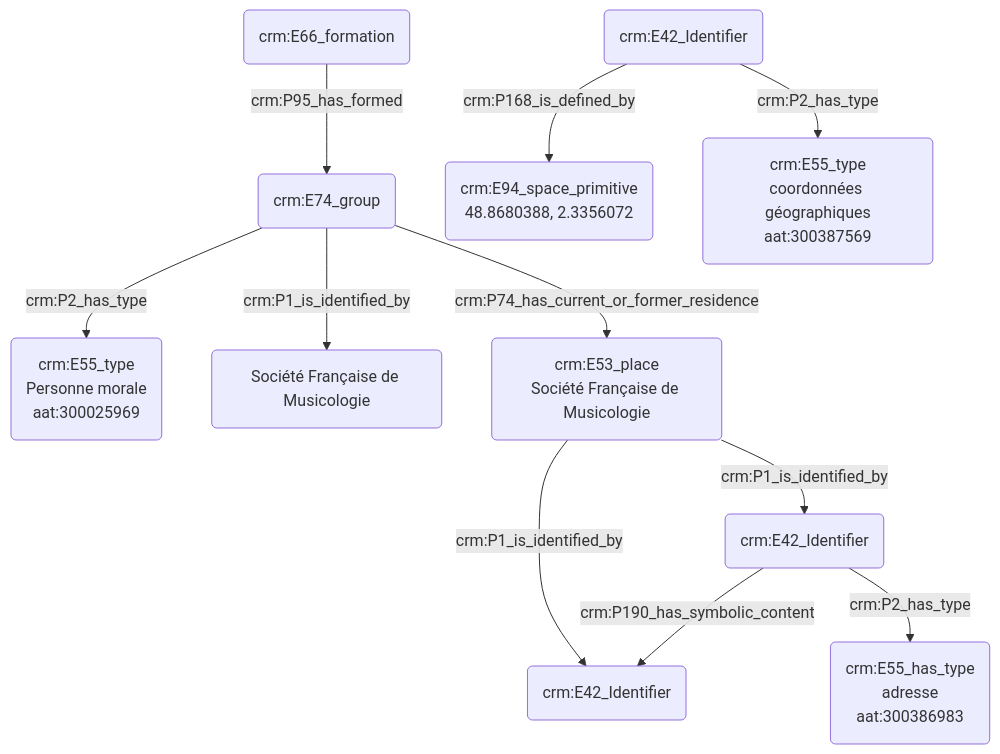
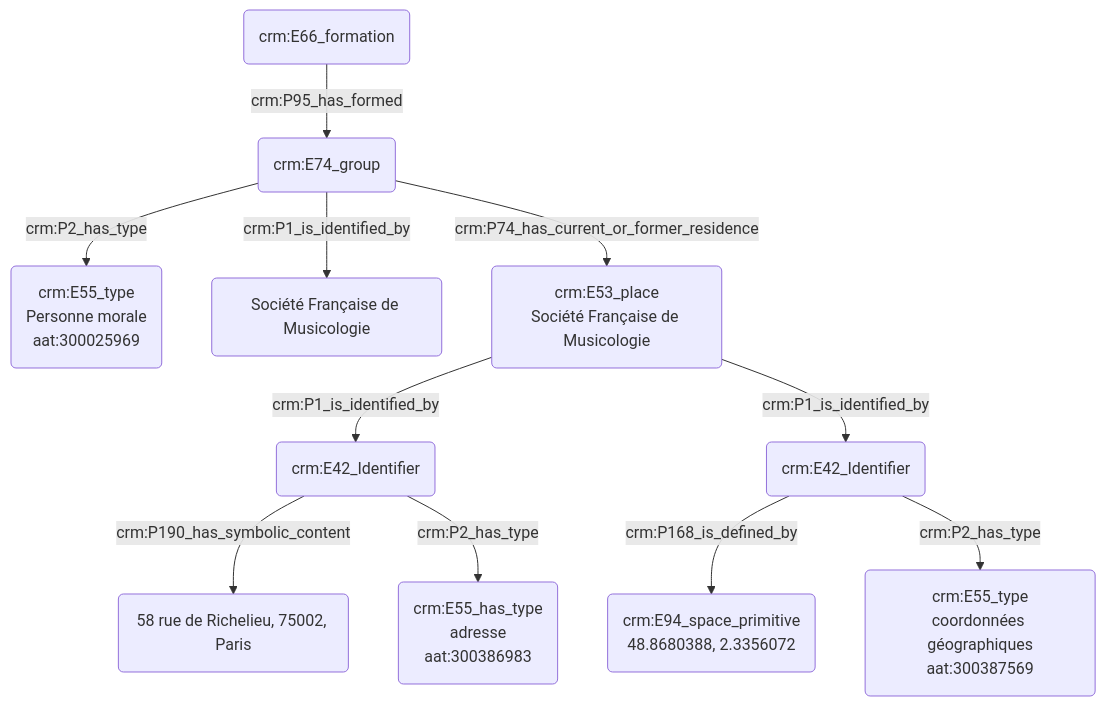
Before and after one commit to Amleth/consortium-musica2-gt2-ontologies: the diagram in modules/livrables/Dossier 2/Indexation conceptuelle/désignation d'une personne morale.md, drawn with Mermaid.

Commit message:
Update désignation d'une personne morale.md

````diff
--- a/modules/livrables/Dossier 2/Indexation conceptuelle/désignation d'une personne morale.md
+++ b/modules/livrables/Dossier 2/Indexation conceptuelle/désignation d'une personne morale.md
@@ -15,18 +15,18 @@
 ```mermaid
 graph TD;
 
 A(crm:E39_actor) --> |crm:P2_has_type| B(crm:E55_type<br>Personne morale<br>aat:300025969)
 C(crm:E66_formation) --> |crm:P95_has_formed| A(crm:E74_group)
 A(crm:E74_group) --> |crm:P1_is_identified_by| I(Société Française de Musicologie)
 A(crm:E74_group) -->|crm:P74_has_current_or_former_residence| D(crm:E53_place<br>Bibliothèque Nationale de France)
 
 D(crm:E53_place<br>Société Française de Musicologie) --> |crm:P1_is_identified_by| F(crm:E42_Identifier)
 F(crm:E42_Identifier) --> |crm:P190_has_symbolic_content| G(58 rue de Richelieu, 75002, Paris)
 F(crm:E42_Identifier) --> |crm:P2_has_type| H(crm:E55_has_type<br>adresse<br>aat:300386983)
 
-D(crm:E53_place<br>Société Française de Musicologie) --> |crm:P1_is_identified_by| G(crm:E42_Identifier)
+D(crm:E53_place<br>Société Française de Musicologie) --> |crm:P1_is_identified_by| M(crm:E42_Identifier)
 M(crm:E42_Identifier) --> |crm:P168_is_defined_by| E(crm:E94_space_primitive<br>48.8680388, 2.3356072)
 M(crm:E42_Identifier) --> |crm:P2_has_type| N(crm:E55_type<br>coordonnées géographiques<br>aat:300387569)
 
 
 ```
````
